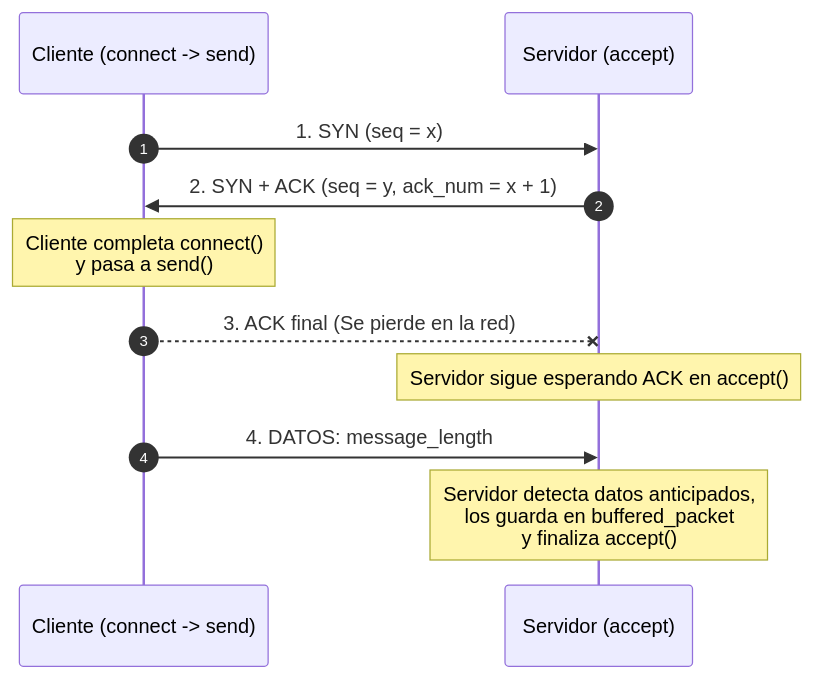
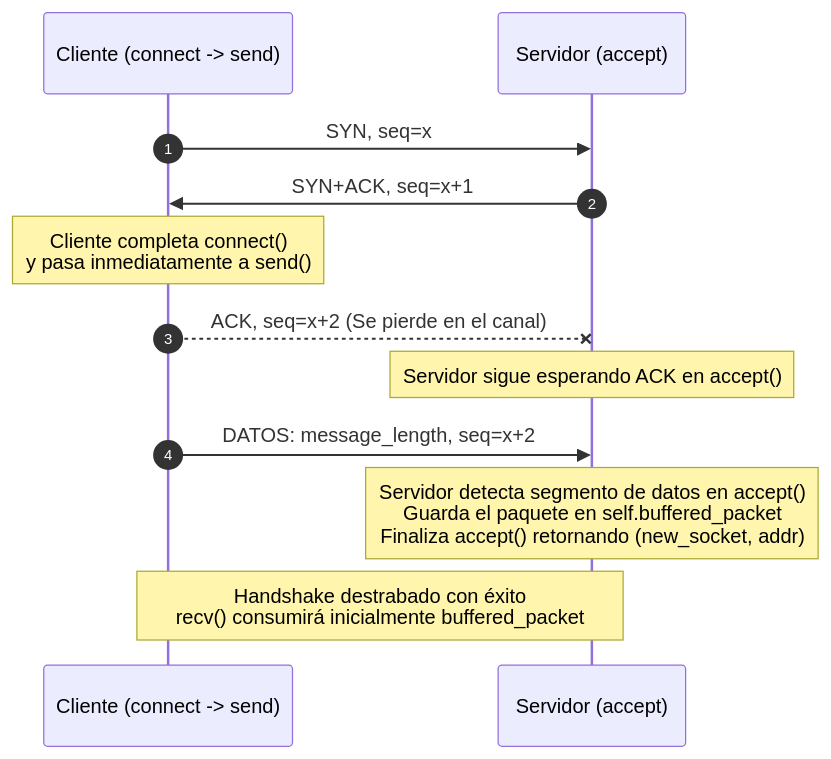
The fourth of 5 diagrams in Actividad-03-StopAndWait/README.md (Bastian-AAI/CC4303-Redes), drawn with Mermaid before and after one commit. The commit also changed other lines of this file, not shown here.

Commit message:
docs: Diagramas Informe

````diff
--- a/Actividad-03-StopAndWait/README.md
+++ b/Actividad-03-StopAndWait/README.md
@@ -170,14 +199,15 @@
 ```mermaid
 sequenceDiagram
     autonumber
     participant C as Cliente (connect -> send)
     participant S as Servidor (accept)
 
-    C->>S: 1. SYN (seq = x)
-    S->>C: 2. SYN + ACK (seq = y, ack_num = x + 1)
-    Note over C: Cliente completa connect()<br/>y pasa a send()
-    C--xS: 3. ACK final (Se pierde en la red)
+    C->>S: SYN, seq=x
+    S->>C: SYN+ACK, seq=x+1
+    Note over C: Cliente completa connect()<br/>y pasa inmediatamente a send()
+    C--xS: ACK, seq=x+2 (Se pierde en el canal)
     Note over S: Servidor sigue esperando ACK en accept()
-    C->>S: 4. DATOS: message_length
-    Note over S: Servidor detecta datos anticipados,<br/>los guarda en buffered_packet<br/>y finaliza accept()
+    C->>S: DATOS: message_length, seq=x+2
+    Note over S: Servidor detecta segmento de datos en accept()<br/>Guarda el paquete en self.buffered_packet<br/>Finaliza accept() retornando (new_socket, addr)
+    Note over C,S: Handshake destrabado con éxito<br/>recv() consumirá inicialmente buffered_packet
 ```
````
